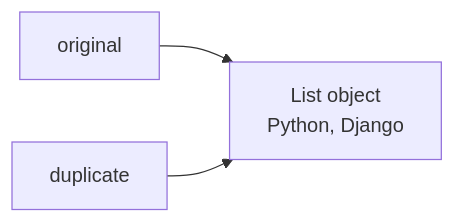
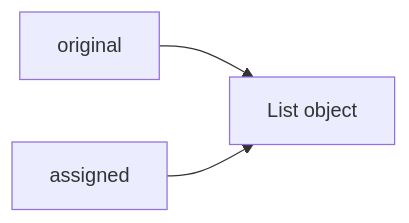
The second of 6 diagrams in src/content/python/shallow-vs-deep-copy.md (AvadhBhalodiya/Interview-Preparation), drawn with Mermaid before and after one commit. The commit also changed other lines of this file and 80 other files, not shown here.

````diff
--- a/src/content/python/shallow-vs-deep-copy.md
+++ b/src/content/python/shallow-vs-deep-copy.md
@@ -98,5 +45,5 @@
 ```mermaid
 flowchart LR
-    A["original"] --> L["List object<br/>Python, Django"]
-    B["duplicate"] --> L
+    O["original"] --> L["List object"]
+    A["assigned"] --> L
 ```
````
